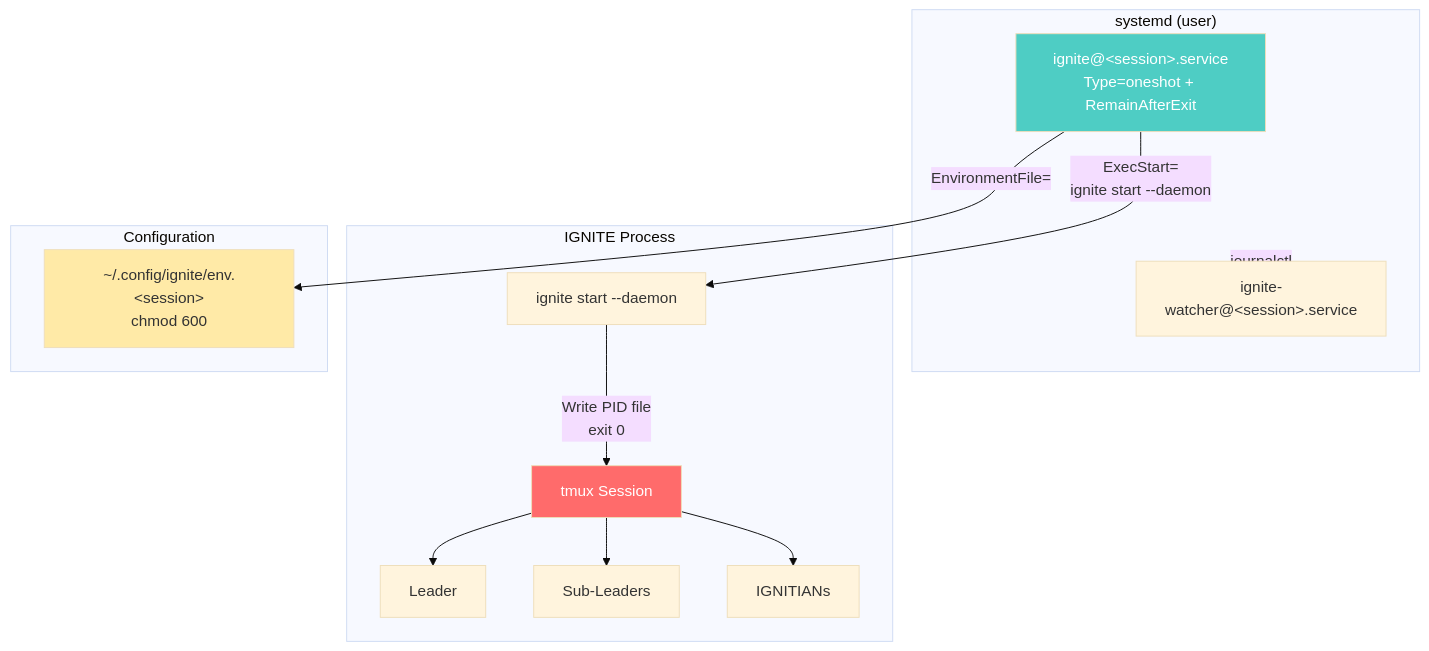
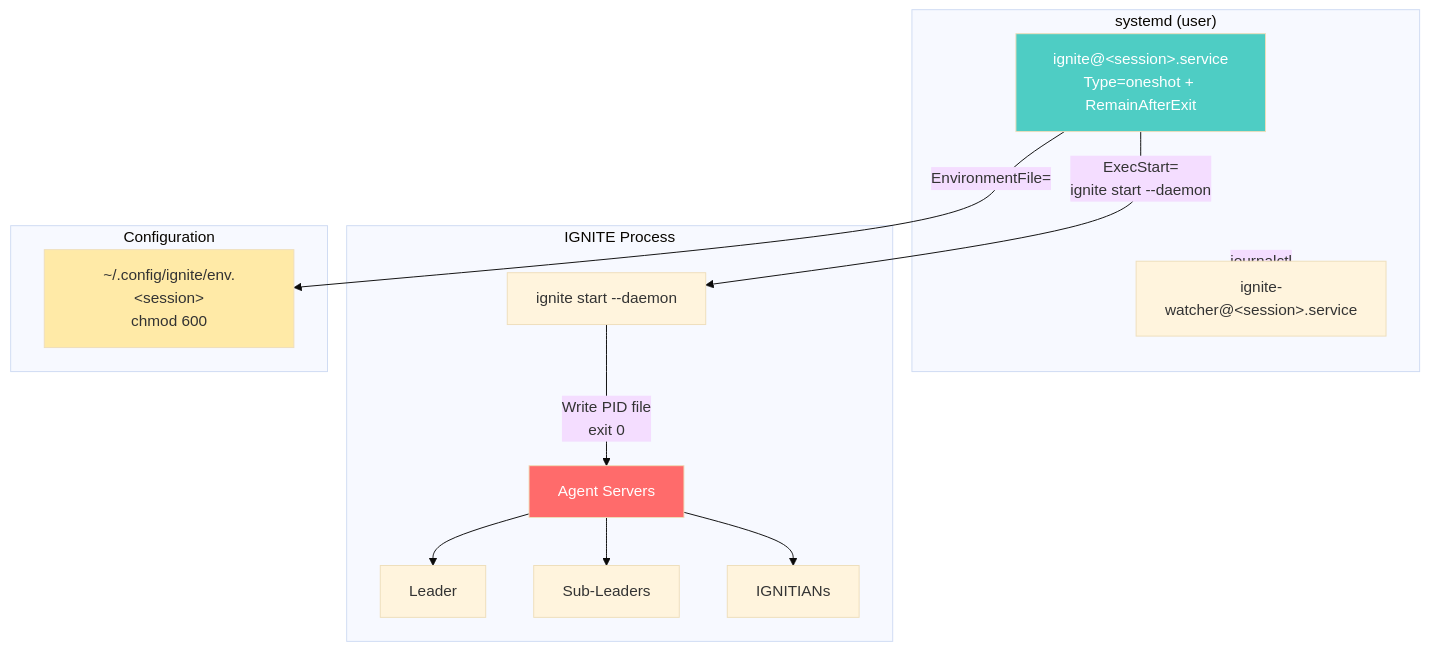
One commit to myfinder/IGNITE changed the diagram in docs/service_en.md. Above: the diagram before and after it, drawn with Mermaid (base theme). The commit also changed other lines of this file and 34 other files, not shown here.

````diff
--- a/docs/service_en.md
+++ b/docs/service_en.md
@@ -20,32 +20,32 @@
 ```mermaid
 flowchart TB
     subgraph systemd["systemd (user)"]
         Unit["ignite@&lt;session&gt;.service<br/>Type=oneshot + RemainAfterExit"]
         Watcher["ignite-watcher@&lt;session&gt;.service"]
     end
 
     subgraph IGNITE["IGNITE Process"]
         Start["ignite start --daemon"]
-        Tmux["tmux Session"]
+        Agents["Agent Servers"]
         Leader["Leader"]
         SubLeaders["Sub-Leaders"]
         IGNITIANs["IGNITIANs"]
 
-        Start -->|"Write PID file<br/>exit 0"| Tmux
-        Tmux --> Leader
-        Tmux --> SubLeaders
-        Tmux --> IGNITIANs
+        Start -->|"Write PID file<br/>exit 0"| Agents
+        Agents --> Leader
+        Agents --> SubLeaders
+        Agents --> IGNITIANs
     end
 
     subgraph Config["Configuration"]
         EnvFile["~/.config/ignite/env.&lt;session&gt;<br/>chmod 600"]
     end
 
     Unit -->|"ExecStart=<br/>ignite start --daemon"| Start
     Unit -->|"EnvironmentFile="| EnvFile
     systemd -->|"journalctl"| Watcher
 
     style Unit fill:#4ecdc4,color:#fff
-    style Tmux fill:#ff6b6b,color:#fff
+    style Agents fill:#ff6b6b,color:#fff
     style EnvFile fill:#ffeaa7,color:#333
 ```
````
